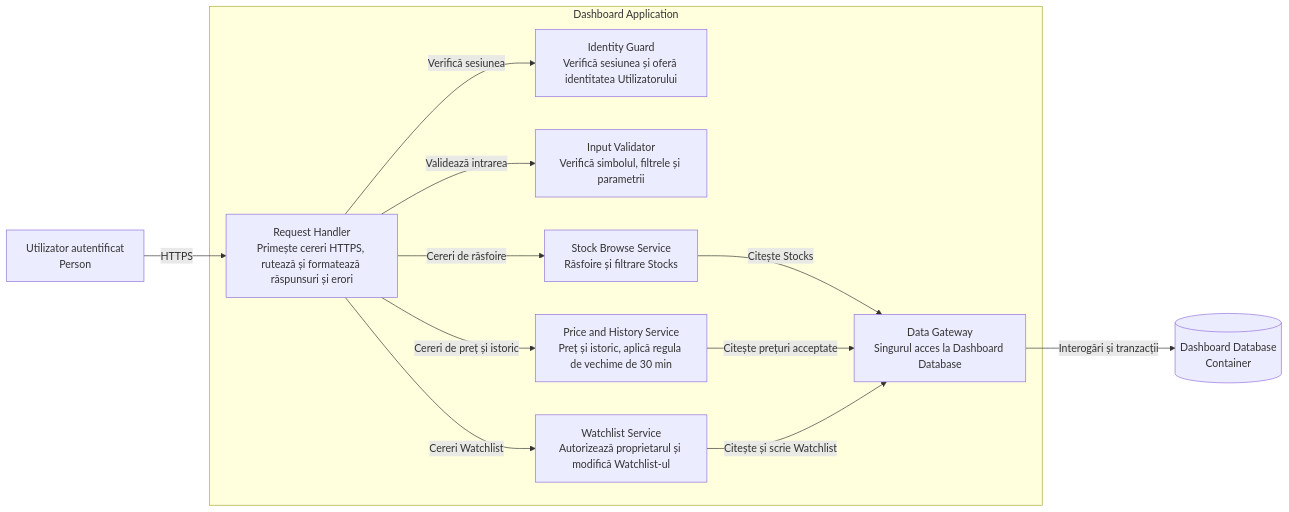
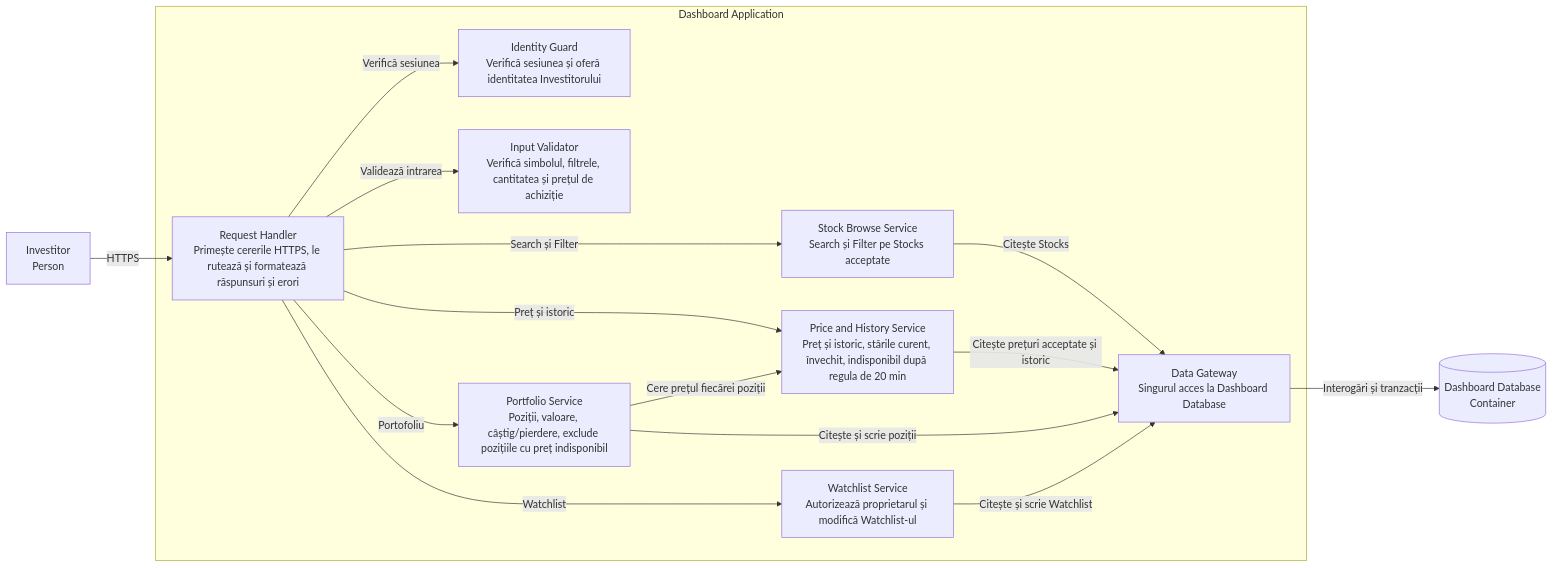
Before and after one commit to DucaAleXD/Proiectarea-sistemelor-informatice: the third of 6 diagrams in Sd/lab3/solution.md, drawn with Mermaid. The commit also changed other lines of this file, not shown here.

````diff
--- a/Sd/lab3/solution.md
+++ b/Sd/lab3/solution.md
@@ -97,26 +48,30 @@
 ```mermaid
 flowchart LR
-    user["Utilizator autentificat<br/>Person"]
+    I["Investitor<br/>Person"]
     db[("Dashboard Database<br/>Container")]
 
     subgraph app["Dashboard Application"]
-        handler["Request Handler<br/>Primește cereri HTTPS, rutează și formatează răspunsuri și erori"]
-        guard["Identity Guard<br/>Verifică sesiunea și oferă identitatea Utilizatorului"]
-        validator["Input Validator<br/>Verifică simbolul, filtrele și parametrii"]
-        browse["Stock Browse Service<br/>Răsfoire și filtrare Stocks"]
-        price["Price and History Service<br/>Preț și istoric, aplică regula de vechime de 30 min"]
+        handler["Request Handler<br/>Primește cererile HTTPS, le rutează și formatează răspunsuri și erori"]
+        guard["Identity Guard<br/>Verifică sesiunea și oferă identitatea Investitorului"]
+        validator["Input Validator<br/>Verifică simbolul, filtrele, cantitatea și prețul de achiziție"]
+        browse["Stock Browse Service<br/>Search și Filter pe Stocks acceptate"]
+        price["Price and History Service<br/>Preț și istoric, stările curent, învechit, indisponibil după regula de 20 min"]
+        portfolio["Portfolio Service<br/>Poziții, valoare, câștig/pierdere, exclude pozițiile cu preț indisponibil"]
         watch["Watchlist Service<br/>Autorizează proprietarul și modifică Watchlist-ul"]
         gateway["Data Gateway<br/>Singurul acces la Dashboard Database"]
     end
 
-    user -->|"HTTPS"| handler
+    I -->|"HTTPS"| handler
     handler -->|"Verifică sesiunea"| guard
     handler -->|"Validează intrarea"| validator
-    handler -->|"Cereri de răsfoire"| browse
-    handler -->|"Cereri de preț și istoric"| price
-    handler -->|"Cereri Watchlist"| watch
+    handler -->|"Search și Filter"| browse
+    handler -->|"Preț și istoric"| price
+    handler -->|"Portofoliu"| portfolio
+    handler -->|"Watchlist"| watch
+    portfolio -->|"Cere prețul fiecărei poziții"| price
     browse -->|"Citește Stocks"| gateway
-    price -->|"Citește prețuri acceptate"| gateway
+    price -->|"Citește prețuri acceptate și istoric"| gateway
+    portfolio -->|"Citește și scrie poziții"| gateway
     watch -->|"Citește și scrie Watchlist"| gateway
     gateway -->|"Interogări și tranzacții"| db
 ```
````
